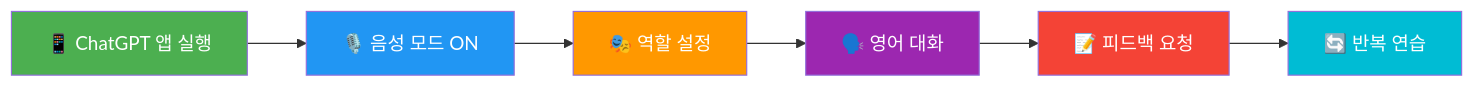
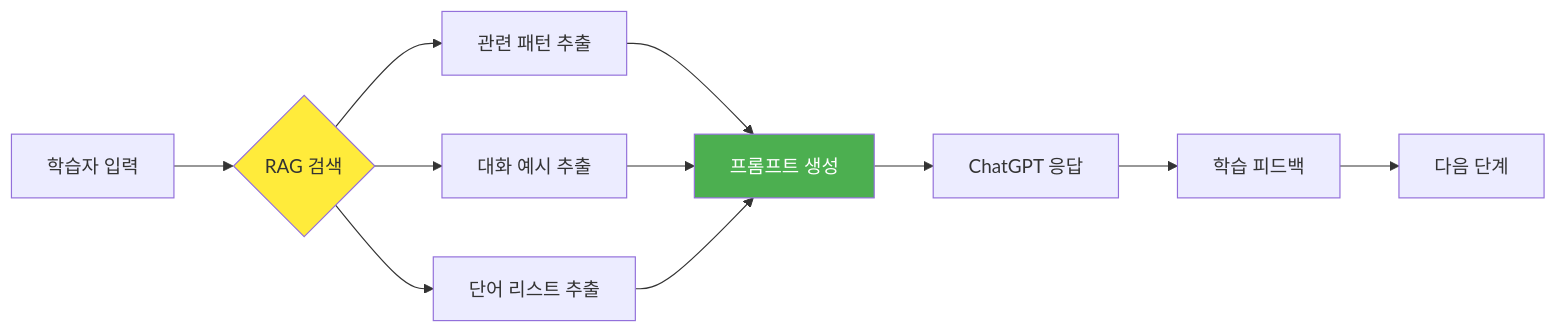
The second of 6 diagrams in 영어_일상_회화/화상-영어-전체-구성도.md (Collegenie-X/AI-English), drawn with Mermaid before and after one commit. The commit also changed other lines of this file and 43 other files, not shown here.

````diff
--- a/영어_일상_회화/화상-영어-전체-구성도.md
+++ b/영어_일상_회화/화상-영어-전체-구성도.md
@@ -31,15 +57,18 @@
 ```mermaid
 flowchart LR
-    A[📱 ChatGPT 앱 실행] --> B[🎙️ 음성 모드 ON]
-    B --> C[🎭 역할 설정]
-    C --> D[🗣️ 영어 대화]
-    D --> E[📝 피드백 요청]
-    E --> F[🔄 반복 연습]
+    A[학습자 입력] --> B{RAG 검색}
+    B --> C[관련 패턴 추출]
+    B --> D[대화 예시 추출]
+    B --> E[단어 리스트 추출]
     
-    style A fill:#4CAF50,color:#fff
-    style B fill:#2196F3,color:#fff
-    style C fill:#FF9800,color:#fff
-    style D fill:#9C27B0,color:#fff
-    style E fill:#F44336,color:#fff
-    style F fill:#00BCD4,color:#fff
+    C --> F[프롬프트 생성]
+    D --> F
+    E --> F
+    
+    F --> G[ChatGPT 응답]
+    G --> H[학습 피드백]
+    H --> I[다음 단계]
+    
+    style B fill:#ffeb3b
+    style F fill:#4caf50,color:#fff
 ```
````
